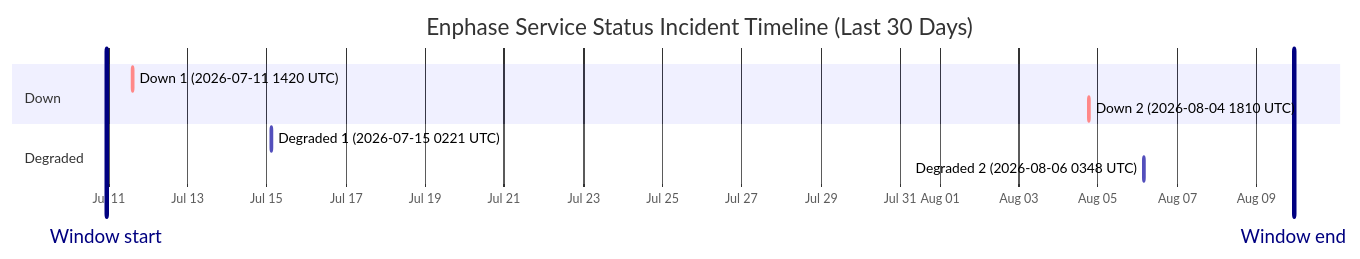
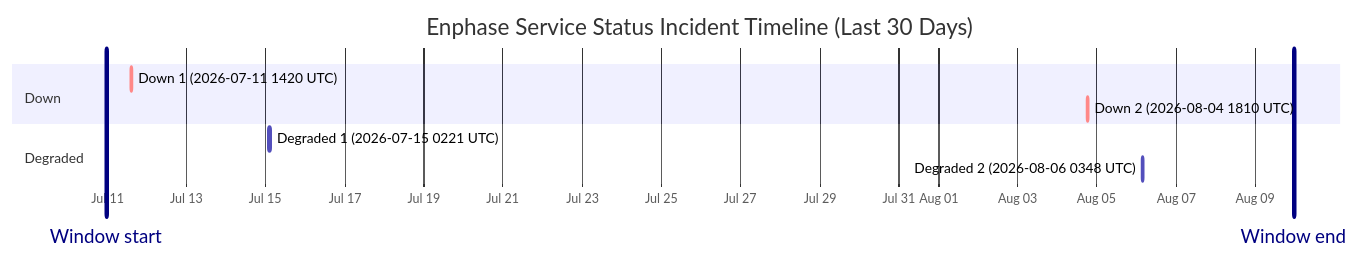
Before and after one commit to barneyonline/ha-enphase-energy: the diagram in wiki/Service-Status-History.md, drawn with Mermaid. The commit also changed other lines of this file and 3 other files, not shown here.

````diff
--- a/wiki/Service-Status-History.md
+++ b/wiki/Service-Status-History.md
@@ -14,14 +14,14 @@
 ```mermaid
 gantt
     title Enphase Service Status Incident Timeline (Last 30 Days)
     dateFormat  YYYY-MM-DDTHH:mm:ss
     axisFormat  %b %d
-    Window start :vert, window-start, 2026-07-10T22:40:26, 0ms
-    Window end :vert, window-end, 2026-08-09T22:40:26, 0ms
+    Window start :vert, window-start, 2026-07-10T23:29:09, 0ms
+    Window end :vert, window-end, 2026-08-09T23:29:09, 0ms
     section Down
     Down 1 (2026-07-11 1420 UTC) :crit, down-1, 2026-07-11T14:20:54, 69m
     Down 2 (2026-08-04 1810 UTC) :crit, down-2, 2026-08-04T18:10:46, 60m
     section Degraded
     Degraded 1 (2026-07-15 0221 UTC) :active, degraded-1, 2026-07-15T02:21:35, 60m
     Degraded 2 (2026-08-06 0348 UTC) :active, degraded-2, 2026-08-06T03:48:14, 60m
 ```
````
